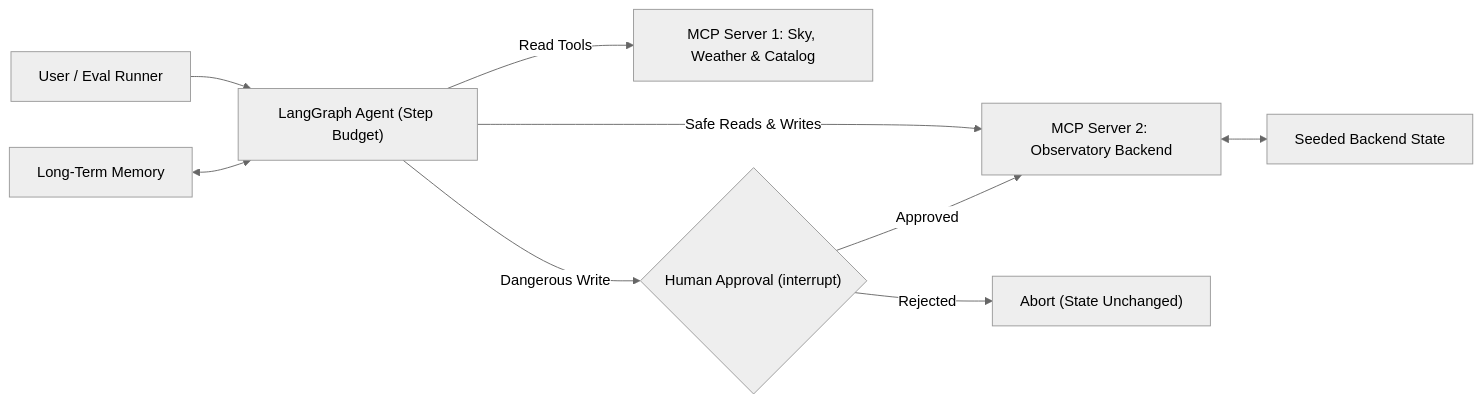
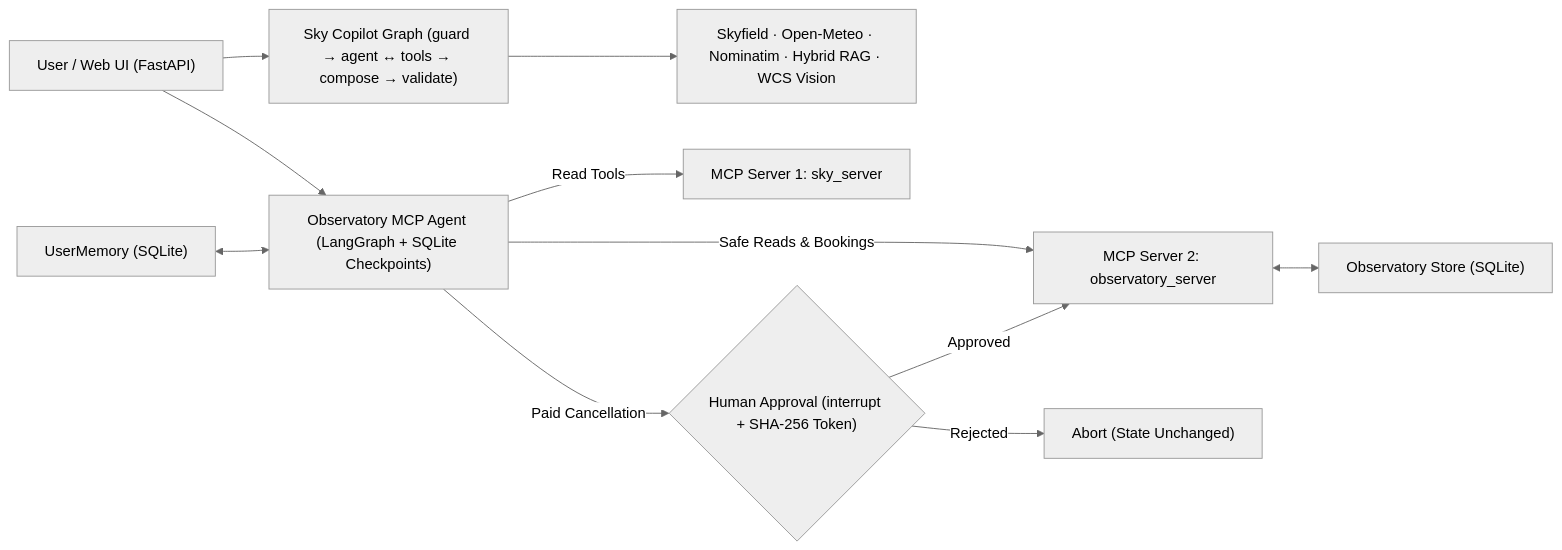
Before and after one commit to Waxguillermo/Astropilote: the diagram in README.md, drawn with Mermaid (neutral theme). The commit also changed other lines of this file and 3 other files, not shown here.

````diff
--- a/README.md
+++ b/README.md
@@ -227,11 +16,13 @@
 ```mermaid
 flowchart LR
-    U["User / Eval Runner"] --> G["LangGraph Agent (Step Budget)"]
-    M["Long-Term Memory"] <--> G
-    G -->|"Read Tools"| MCP1["MCP Server 1: Sky, Weather & Catalog"]
-    G -->|"Safe Reads & Writes"| MCP2["MCP Server 2: Observatory Backend"]
-    G -->|"Dangerous Write"| HITL{"Human Approval (interrupt)"}
+    U["User / Web UI (FastAPI)"] --> SKY["Sky Copilot Graph (guard → agent ↔ tools → compose → validate)"]
+    U --> OBS["Observatory MCP Agent (LangGraph + SQLite Checkpoints)"]
+    MEM["UserMemory (SQLite)"] <--> OBS
+    SKY --> TOOLS["Skyfield · Open-Meteo · Nominatim · Hybrid RAG · WCS Vision"]
+    OBS -->|"Read Tools"| MCP1["MCP Server 1: sky_server"]
+    OBS -->|"Safe Reads & Bookings"| MCP2["MCP Server 2: observatory_server"]
+    OBS -->|"Paid Cancellation"| HITL{"Human Approval (interrupt + SHA-256 Token)"}
     HITL -->|"Approved"| MCP2
     HITL -->|"Rejected"| ABORT["Abort (State Unchanged)"]
-    MCP2 <--> DB["Seeded Backend State"]
+    MCP2 <--> DB["Observatory Store (SQLite)"]
 ```
````
